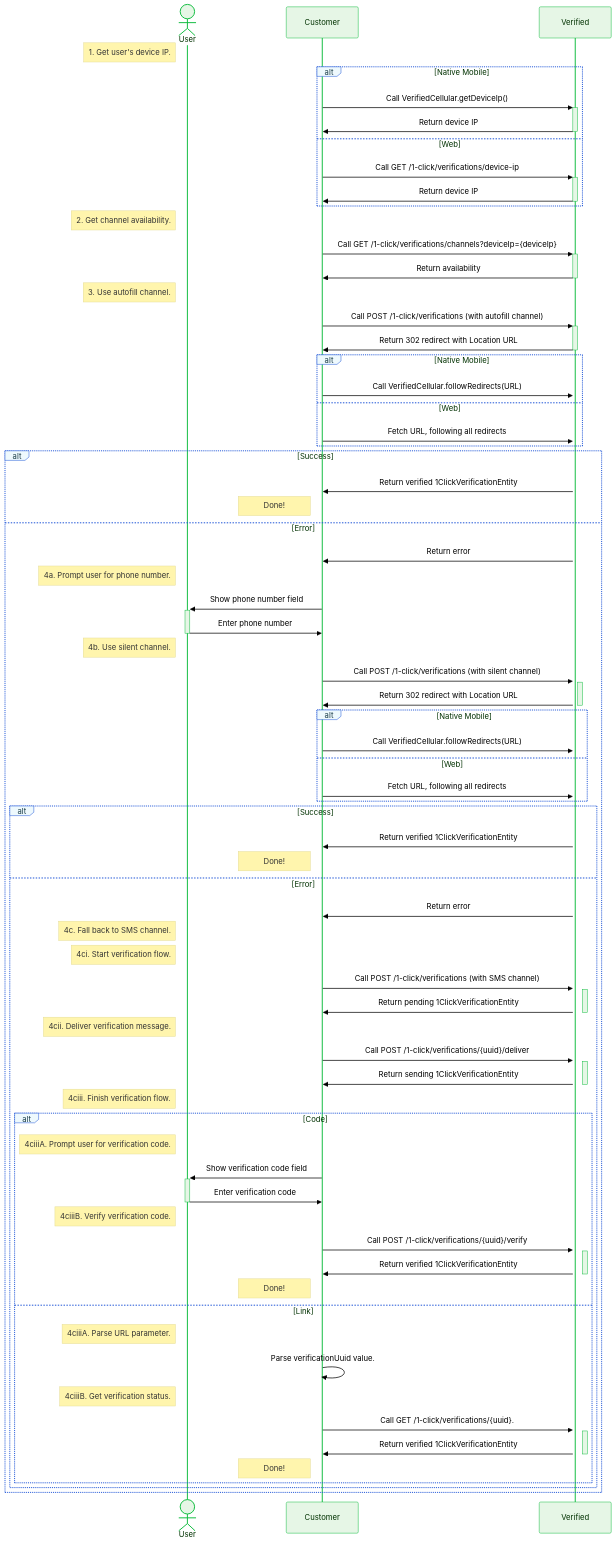
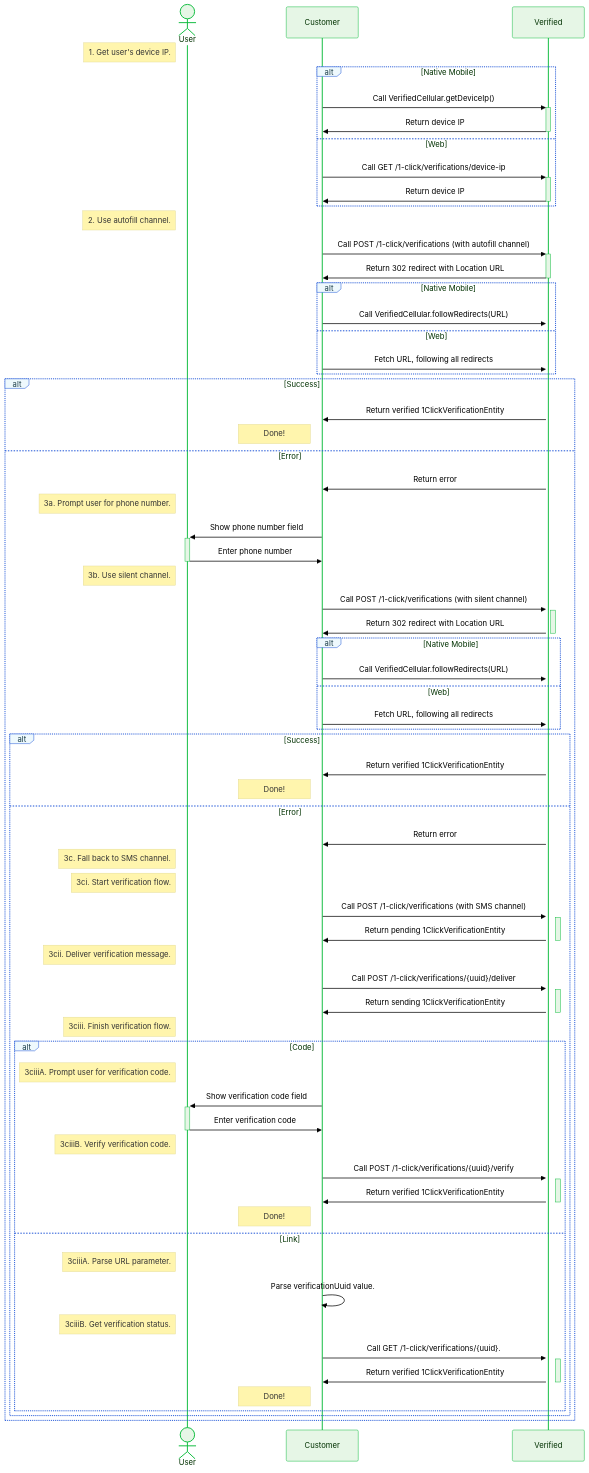
Before and after one commit to VerifiedInc/VerifiedInc.github.io: the diagram in versioned_docs/version-2.1/reusables/sequence-diagram-1-click-verify-api.mdx, drawn with Mermaid. The commit also changed 4 other files, not shown here.

```diff
--- a/versioned_docs/version-2.1/reusables/sequence-diagram-1-click-verify-api.mdx
+++ b/versioned_docs/version-2.1/reusables/sequence-diagram-1-click-verify-api.mdx
@@ -33,12 +33,8 @@
         C ->>+ V: Call GET /1-click/verifications/device-ip
         V ->>- C: Return device IP
     end
-
-    Note left of U: 2. Get channel availability.
-    C ->>+ V: Call GET /1-click/verifications/channels?deviceIp={deviceIp}
-    V ->>- C: Return availability
     
-    Note left of U: 3. Use autofill channel.
+    Note left of U: 2. Use autofill channel.
     C ->>+ V: Call POST /1-click/verifications (with autofill channel)
     V ->>- C: Return 302 redirect with Location URL
     alt Native Mobile
@@ -52,11 +48,11 @@
     else Error
         V ->> C: Return error
 
-        Note left of U: 4a. Prompt user for phone number.
+        Note left of U: 3a. Prompt user for phone number.
         C ->>+ U: Show phone number field
         U ->>- C: Enter phone number
 
-        Note left of U: 4b. Use silent channel.
+        Note left of U: 3b. Use silent channel.
         C ->>+ V: Call POST /1-click/verifications (with silent channel)
         V ->>- C: Return 302 redirect with Location URL
         alt Native Mobile
@@ -70,33 +66,33 @@
         else Error
             V ->> C: Return error
 
-            Note left of U: 4c. Fall back to SMS channel.
+            Note left of U: 3c. Fall back to SMS channel.
 
-            Note left of U: 4ci. Start verification flow.
+            Note left of U: 3ci. Start verification flow.
             C ->>+ V: Call POST /1-click/verifications (with SMS channel)
             V ->>- C: Return pending 1ClickVerificationEntity
 
-            Note left of U: 4cii. Deliver verification message.
+            Note left of U: 3cii. Deliver verification message.
             C ->>+ V: Call POST /1-click/verifications/{uuid}/deliver
             V ->>- C: Return sending 1ClickVerificationEntity
 
-            Note left of U: 4ciii. Finish verification flow.
+            Note left of U: 3ciii. Finish verification flow.
             alt Code
 
-                Note left of U: 4ciiiA. Prompt user for verification code.
+                Note left of U: 3ciiiA. Prompt user for verification code.
                 C ->>+ U: Show verification code field
                 U ->>- C: Enter verification code
 
-                Note left of U: 4ciiiB. Verify verification code.
+                Note left of U: 3ciiiB. Verify verification code.
                 C ->>+ V: Call POST /1-click/verifications/{uuid}/verify
                 V ->>- C: Return verified 1ClickVerificationEntity
                 Note left of C: Done!
             else Link
 
-                Note left of U: 4ciiiA. Parse URL parameter.
+                Note left of U: 3ciiiA. Parse URL parameter.
                 C ->> C: Parse verificationUuid value.
 
-                Note left of U: 4ciiiB. Get verification status.
+                Note left of U: 3ciiiB. Get verification status.
                 C ->>+ V: Call GET /1-click/verifications/{uuid}.
                 V ->>- C: Return verified 1ClickVerificationEntity
                 Note left of C: Done!
```
